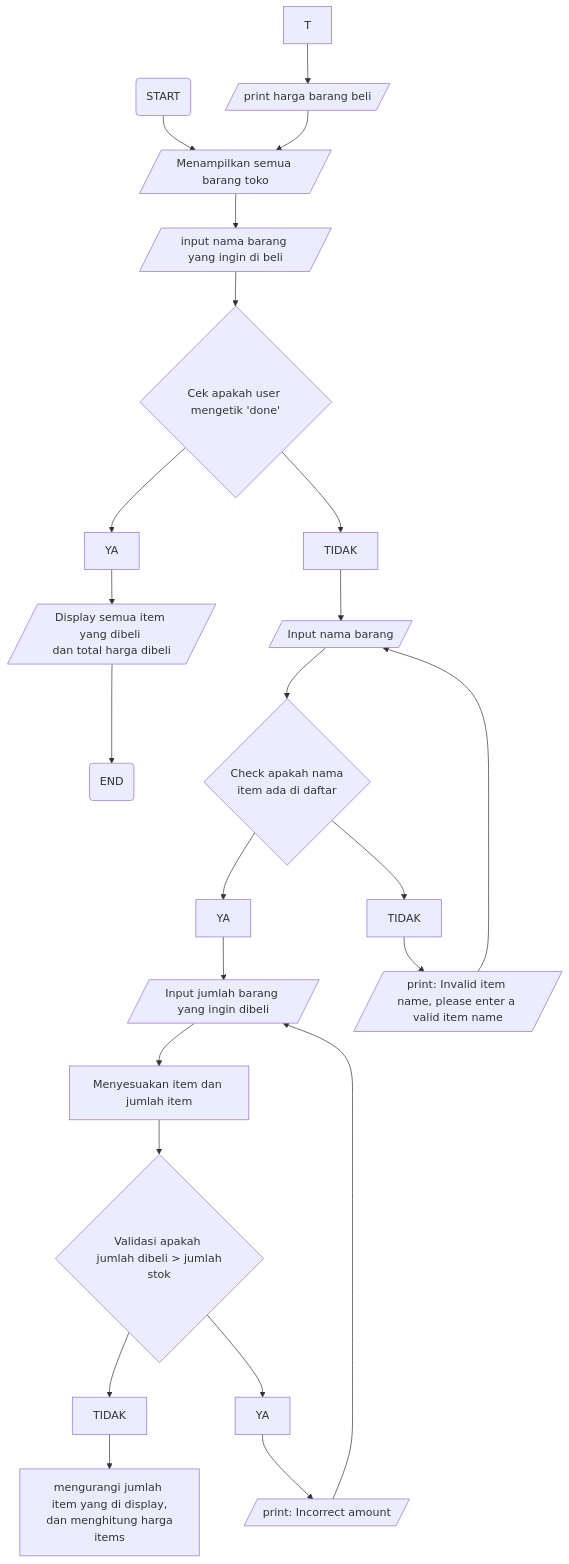
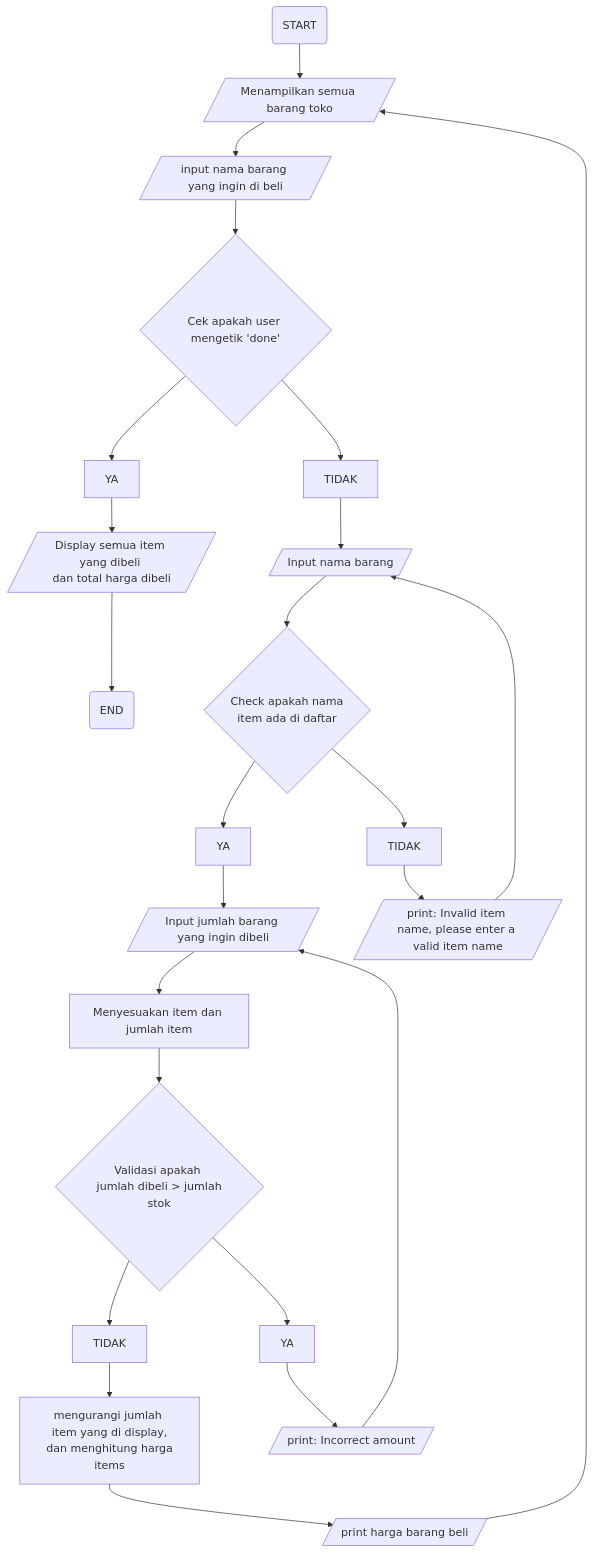
The diagram in flowchart.md (idkwhyi/daa), drawn with Mermaid before and after one commit.

````diff
--- a/flowchart.md
+++ b/flowchart.md
@@ -1,33 +1,33 @@
 ```mermaid
     flowchart TD;
     
     A(START) --> B[/Menampilkan semua barang toko/]
     B --> C[/input nama barang yang ingin di beli/]
     C --> D{Cek apakah user mengetik 'done'}
     D --> E[YA]
     E --> F[/Display semua item yang dibeli \ndan total harga dibeli/]
     D --> G[TIDAK]
     G --> H[/Input nama barang/]
     H --> I{Check apakah nama \n item ada di daftar}
     I --> J[YA]
     J --> L[/Input jumlah barang yang ingin dibeli/]
     L --> N[Menyesuakan item dan jumlah item]
     N --> O{Validasi apakah \n jumlah dibeli > jumlah stok}
     O --> P[TIDAK]
     P --> Q[mengurangi jumlah item yang di display,\n dan menghitung harga items]
-    T --> U[/print harga barang beli/]
+    Q --> U[/print harga barang beli/]
     U --> B
     O --> R[YA] 
     R --> S[/print: Incorrect amount/]
     S --> L
     
 
     I --> K[TIDAK]
     K --> M[/print: Invalid item name, please enter a valid item name/]
     M --> H
 
 
     F --> z(END)
 
 
 ```
````
